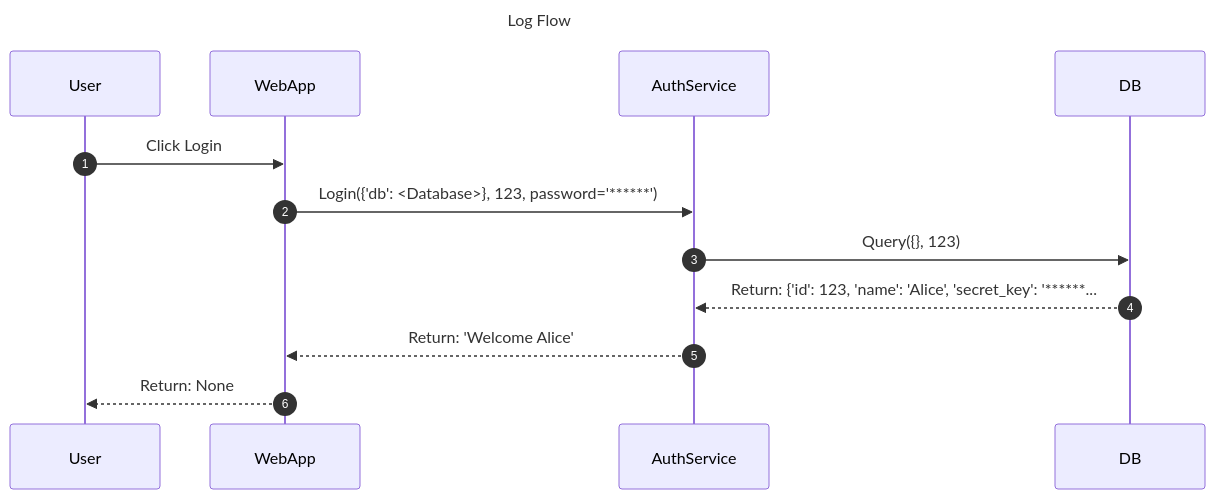
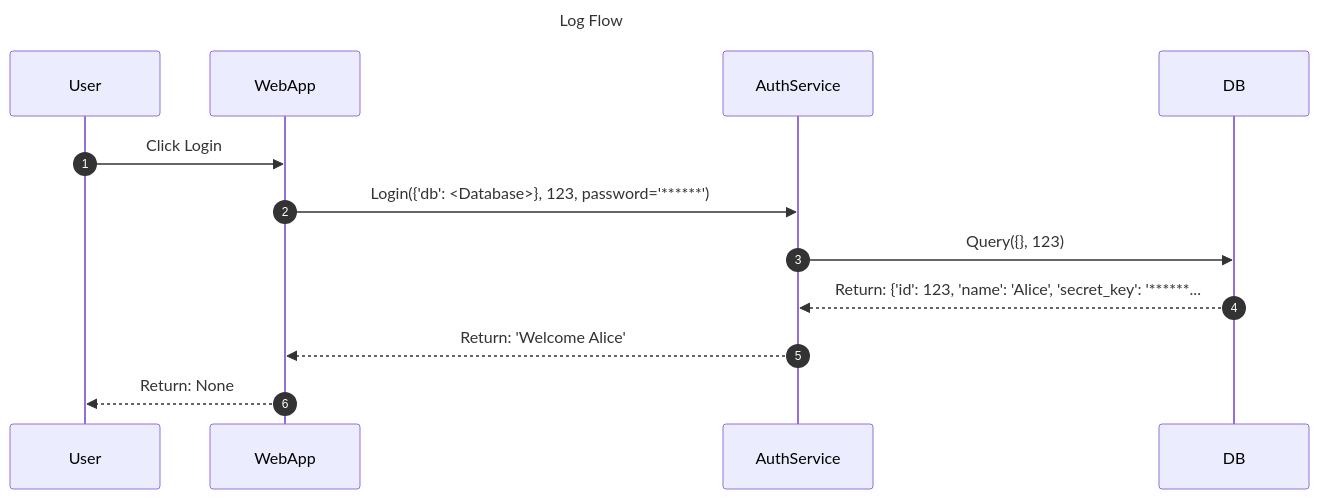
One commit to xt765/mermaid-trace changed the diagram in mermaid_diagrams/examples/basic_flow.mmd. Above: the diagram before and after it, drawn with Mermaid. The commit also changed 27 other files, not shown here.

```diff
--- a/mermaid_diagrams/examples/basic_flow.mmd
+++ b/mermaid_diagrams/examples/basic_flow.mmd
@@ -1,10 +1,10 @@
 sequenceDiagram
     title Log Flow
     autonumber
 
 User->>WebApp: Click Login
-WebApp->>AuthService: Login({'db': <Database>}, 123, password='******')
+WebApp->>AuthService: Login({'db': #60;Database#62;}, 123, password='******')
 AuthService->>DB: Query({}, 123)
 DB-->>AuthService: Return: {'id': 123, 'name': 'Alice', 'secret_key': '******...
 AuthService-->>WebApp: Return: 'Welcome Alice'
 WebApp-->>User: Return: None
```
